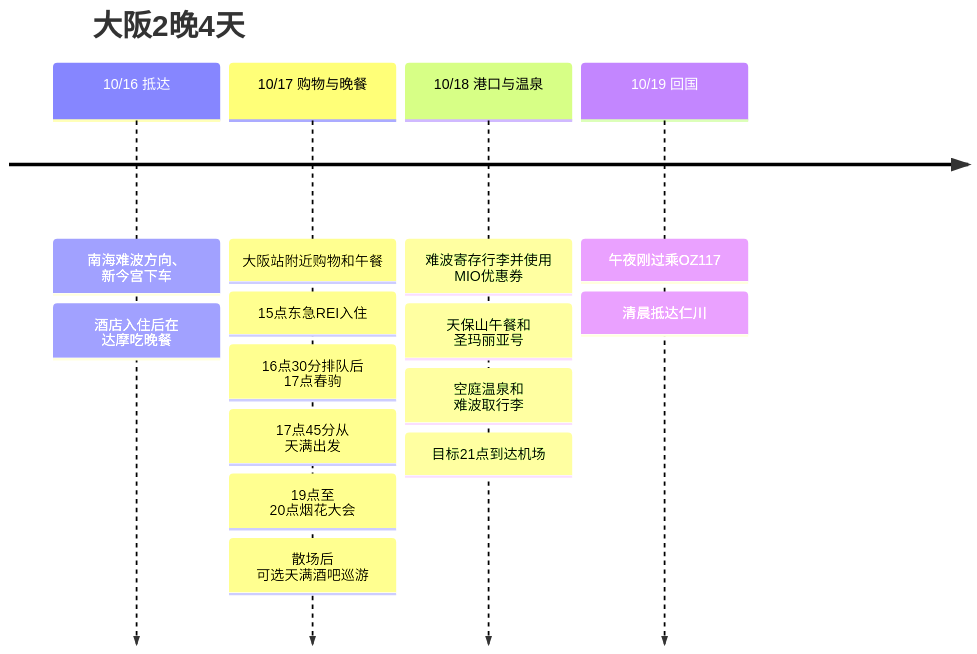
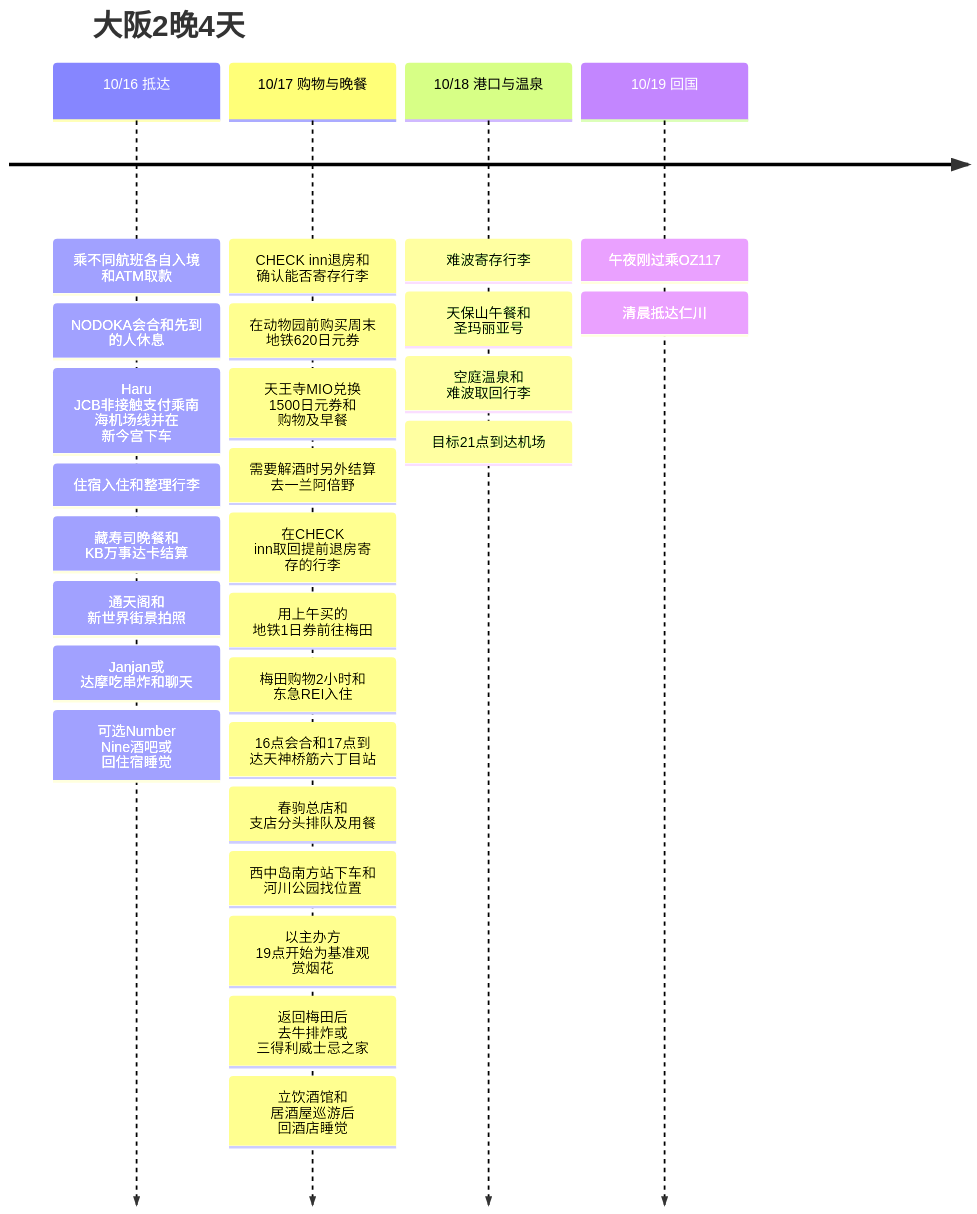
The diagram in src/content/postTranslations/2026-10-16-osaka-yodogawa-fireworks-zh.md (gongdongho12/commit-map), drawn with Mermaid before and after one commit. The commit also changed other lines of this file and 3 other files, not shown here.

````diff
--- a/src/content/postTranslations/2026-10-16-osaka-yodogawa-fireworks-zh.md
+++ b/src/content/postTranslations/2026-10-16-osaka-yodogawa-fireworks-zh.md
@@ -91,18 +115,31 @@
 ```mermaid
 timeline
   title 大阪2晚4天
-  10/16 抵达 : 南海难波方向、<br>新今宫下车
-              : 酒店入住后在<br>达摩吃晚餐
-  10/17 购物与晚餐 : 大阪站附近购物和午餐
-                      : 15点东急REI入住
-                      : 16点30分排队后<br>17点春驹
-                      : 17点45分从<br>天满出发
-                      : 19点至<br>20点烟花大会
-                      : 散场后<br>可选天满酒吧巡游
-  10/18 港口与温泉 : 难波寄存行李并使用<br>MIO优惠券
+  10/16 抵达 : 乘不同航班各自入境<br>和ATM取款
+              : NODOKA会合和先到<br>的人休息
+              : Haru JCB非接触支付乘南<br>海机场线并在<br>新今宫下车
+              : 住宿入住和整理行李
+              : 藏寿司晚餐和<br>KB万事达卡结算
+              : 通天阁和<br>新世界街景拍照
+              : Janjan或<br>达摩吃串炸和聊天
+              : 可选Number Nine酒吧或<br>回住宿睡觉
+  10/17 购物与晚餐 : CHECK inn退房和<br>确认能否寄存行李
+                      : 在动物园前购买周末<br>地铁620日元券
+                      : 天王寺MIO兑换<br>1500日元券和<br>购物及早餐
+                      : 需要解酒时另外结算<br>去一兰阿倍野
+                      : 在CHECK inn取回提前退房寄<br>存的行李
+                      : 用上午买的<br>地铁1日券前往梅田
+                      : 梅田购物2小时和<br>东急REI入住
+                      : 16点会合和17点到<br>达天神桥筋六丁目站
+                      : 春驹总店和<br>支店分头排队及用餐
+                      : 西中岛南方站下车和<br>河川公园找位置
+                      : 以主办方<br>19点开始为基准观<br>赏烟花
+                      : 返回梅田后<br>去牛排炸或<br>三得利威士忌之家
+                      : 立饮酒馆和<br>居酒屋巡游后<br>回酒店睡觉
+  10/18 港口与温泉 : 难波寄存行李
                     : 天保山午餐和<br>圣玛丽亚号
-                    : 空庭温泉和<br>难波取行李
+                    : 空庭温泉和<br>难波取回行李
                     : 目标21点到达机场
   10/19 回国 : 午夜刚过乘OZ117
               : 清晨抵达仁川
 ```
````
